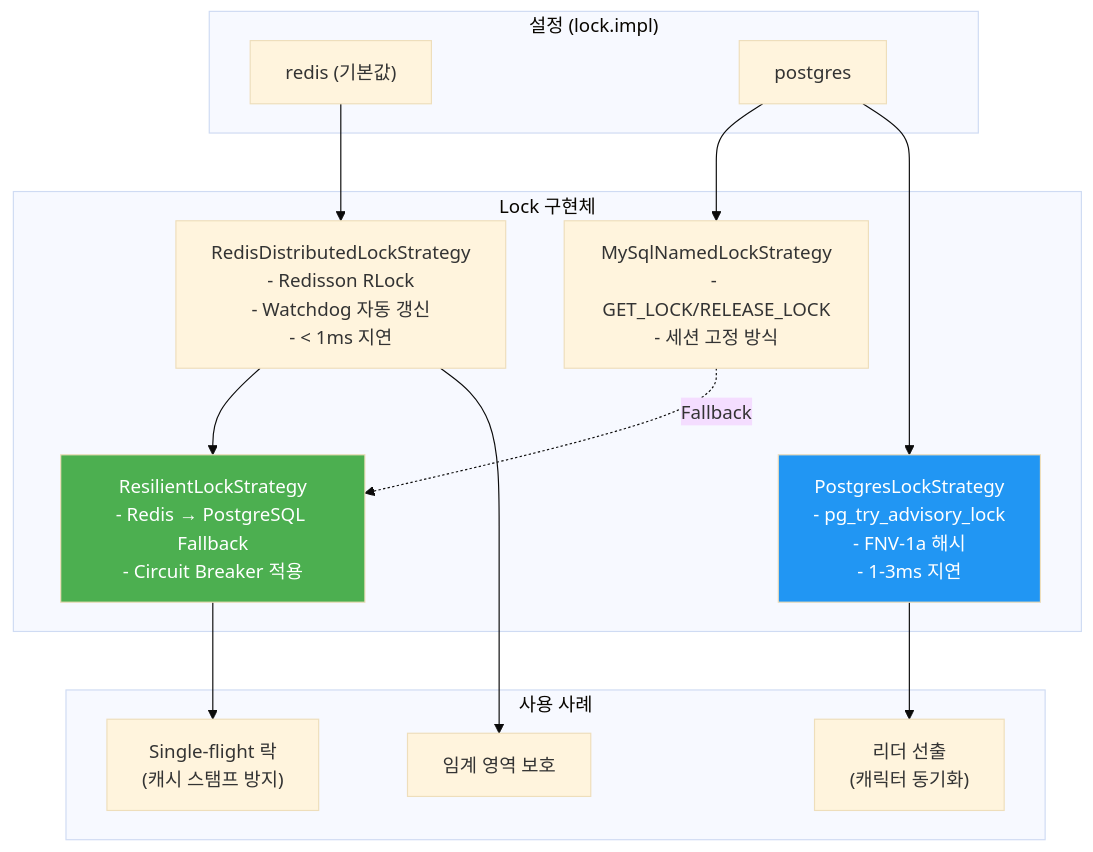
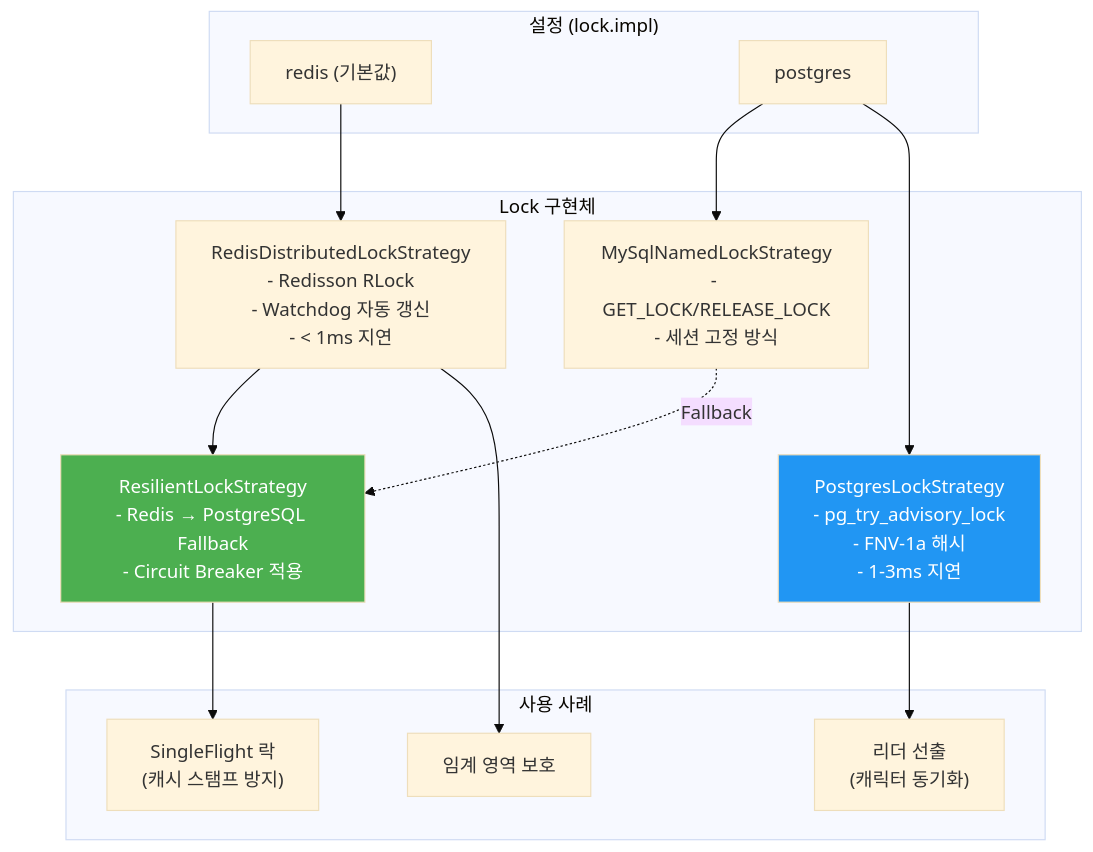
The fourth of 11 diagrams in docs/04_Sequence_Diagrams/comprehensive-data-flow.md (zbnerd/probabilistic-valuation-engine), drawn with Mermaid (base theme) before and after one commit. The commit also changed other lines of this file and 354 other files, not shown here.

````diff
--- a/docs/04_Sequence_Diagrams/comprehensive-data-flow.md
+++ b/docs/04_Sequence_Diagrams/comprehensive-data-flow.md
@@ -363,35 +363,35 @@
 ```mermaid
 flowchart TB
     subgraph Config["설정 (lock.impl)"]
         Redis["redis (기본값)"]
         PostgreSQL["postgresql"]
         PostgreSQL["postgres"]
     end
 
     subgraph Strategies["Lock 구현체"]
         RedisLock["RedisDistributedLockStrategy<br/>- Redisson RLock<br/>- Watchdog 자동 갱신<br/>- < 1ms 지연"]
         MySqlLock["MySqlNamedLockStrategy<br/>- GET_LOCK/RELEASE_LOCK<br/>- 세션 고정 방식"]
         PgLock["PostgresLockStrategy<br/>- pg_try_advisory_lock<br/>- FNV-1a 해시<br/>- 1-3ms 지연"]
         ResilientLock["ResilientLockStrategy<br/>- Redis → PostgreSQL Fallback<br/>- Circuit Breaker 적용"]
     end
 
     subgraph Usage["사용 사례"]
-        SingleFlight["Single-flight 락<br/>(캐시 스탬프 방지)"]
+        SingleFlight["SingleFlight 락<br/>(캐시 스탬프 방지)"]
         LeaderElection["리더 선출<br/>(캐릭터 동기화)"]
         CriticalSection["임계 영역 보호"]
     end
 
     Redis --> RedisLock
     PostgreSQL --> MySqlLock
     PostgreSQL --> PgLock
 
     RedisLock --> ResilientLock
     MySqlLock -.->|"Fallback"| ResilientLock
 
     ResilientLock --> SingleFlight
     PgLock --> LeaderElection
     RedisLock --> CriticalSection
 
     style ResilientLock fill:#4caf50,color:#fff
     style PgLock fill:#2196f3,color:#fff
 ```
````
